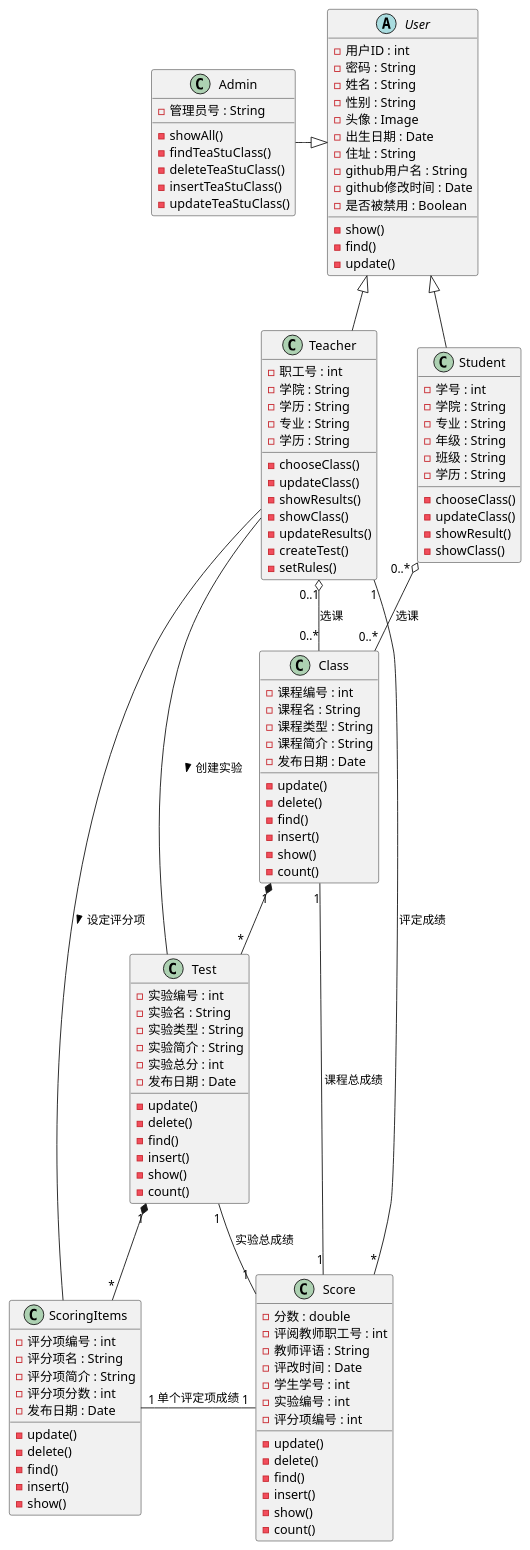
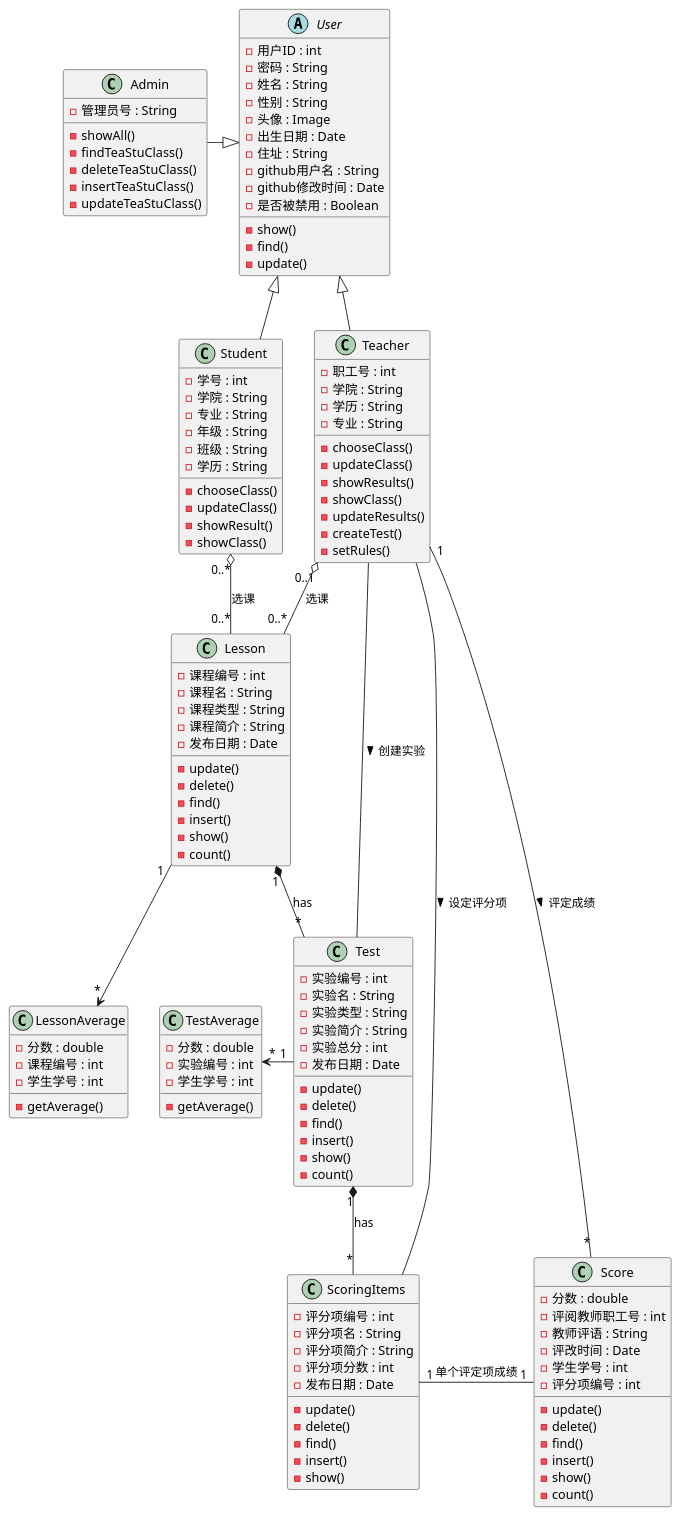
Before and after one commit to mzy1997/is_analysis: the diagram in test6/src/systemClass.puml, drawn with PlantUML. The commit also changed 3 other files, not shown here.

```diff
--- a/test6/src/systemClass.puml
+++ b/test6/src/systemClass.puml
@@ -1,130 +1,141 @@
 @startuml
 
 abstract class User{
 -用户ID : int
 -密码 : String
 -姓名 : String
 -性别 : String
 -头像 : Image
 -出生日期 : Date
 -住址 : String
 -github用户名 : String
 -github修改时间 : Date
 -是否被禁用 : Boolean
 -show()
 -find()
 -update()
 }
 
 class Admin{
 -管理员号 : String
 -showAll()
 -findTeaStuClass()
 -deleteTeaStuClass()
 -insertTeaStuClass()
 -updateTeaStuClass()
 }
 
 class Student{
 -学号 : int
 -学院 : String
 -专业 : String
 -年级 : String
 -班级 : String
 -学历 : String
 -chooseClass()
 -updateClass()
 -showResult()
 -showClass()
 }
 
 class Teacher{
 -职工号 : int
 -学院 : String
 -学历 : String
 -专业 : String
--学历 : String
 -chooseClass()
 -updateClass()
 -showResults()
 -showClass()
 -updateResults()
 -createTest()
 -setRules()
 }
 
 User <|-- Student
 User <|-- Teacher
 User <|-left- Admin
 
-class Class{
+class Lesson{
 -课程编号 : int
 -课程名 : String
 -课程类型 : String
 -课程简介 : String
 -发布日期 : Date
 -update()
 -delete()
 -find()
 -insert()
 -show()
 -count()
 }
 
 class Test{
 -实验编号 : int
 -实验名 : String
 -实验类型 : String
 -实验简介 : String
 -实验总分 : int
 -发布日期 : Date
 -update()
 -delete()
 -find()
 -insert()
 -show()
 -count()
 }
 
 class ScoringItems{
 -评分项编号 : int
 -评分项名 : String
 -评分项简介 : String
 -评分项分数 : int
 -发布日期 : Date
 -update()
 -delete()
 -find()
 -insert()
 -show()
 }
 
-Teacher "0..1" o-- "0..*" Class:选课
-Student "0..*" o--"0..*" Class:选课
-Class "1" *--"*" Test
-Test "1" *--"*" ScoringItems
+Teacher "0..1" o-- "0..*" Lesson:选课
+Student "0..*" o--"0..*" Lesson:选课
+Lesson "1" *--"*" Test:has
+Test "1" *--"*" ScoringItems:has
 Teacher -- Test:创建实验 >
 Teacher -- ScoringItems:设定评分项 >
 
 
 class Score{
 -分数 : double
 -评阅教师职工号 : int
 -教师评语 : String
 -评改时间 : Date
 -学生学号 : int
--实验编号 : int
 -评分项编号 : int
 -update()
 -delete()
 -find()
 -insert()
 -show()
 -count()
 }
 
-Test "1" -right-"1" Score:实验总成绩
+class TestAverage{
+-分数 : double
+-实验编号 : int
+-学生学号 : int
+-getAverage()
+}
+
+class LessonAverage{
+-分数 : double
+-课程编号 : int
+-学生学号 : int
+-getAverage()
+}
 ScoringItems "1"-right-"1" Score:单个评定项成绩
-Class "1"-right-"1" Score:课程总成绩
-Teacher "1"--"*" Score:评定成绩
+Teacher "1"--"*" Score:评定成绩 >
+Test "1" -left->"*" TestAverage
+Lesson "1" -->"*" LessonAverage
 @enduml
```
